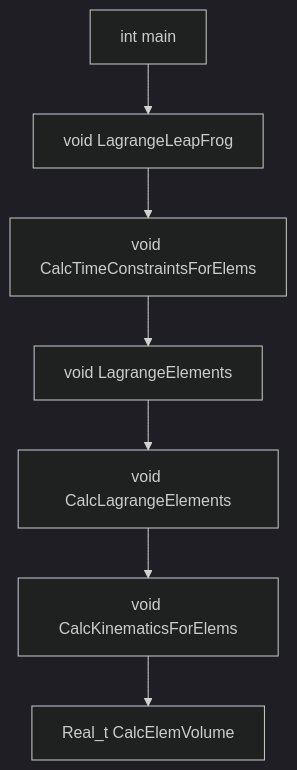
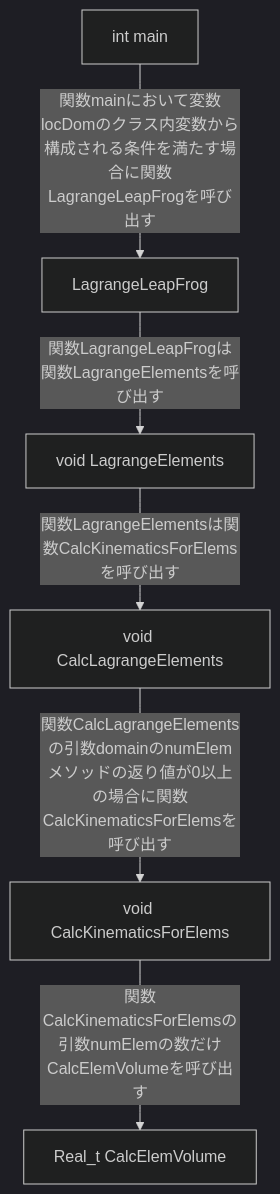
Before and after one commit to arima0714/Lab00: the diagram in docs/functions_lulesh.md, drawn with Mermaid (dark theme). The commit also changed other lines of this file, not shown here.

Commit message:
関数CalcElemVolume()の調査結果を追加

````diff
--- a/docs/functions_lulesh.md
+++ b/docs/functions_lulesh.md
@@ -6,18 +15,16 @@
 ```mermaid
 flowchart TD
 funcRoot[Real_t CalcElemVolume]
 func1[void CalcKinematicsForElems]
 func2[void CalcLagrangeElements]
 func3[void LagrangeElements]
-func4[void CalcTimeConstraintsForElems]
-func5[void LagrangeLeapFrog]
+func4_[LagrangeLeapFrog]
 func6[int main]
 
-func6 --> func5
-func5 --> func4
-func4 --> func3
-func3 --> func2
-func2 --> func1
-func1 --> funcRoot
+func6 -- 関数mainにおいて変数locDomのクラス内変数から構成される条件を満たす場合に関数LagrangeLeapFrogを呼び出す --> func4_
+func4_ -- 関数LagrangeLeapFrogは関数LagrangeElementsを呼び出す --> func3
+func3 -- 関数LagrangeElementsは関数CalcKinematicsForElemsを呼び出す --> func2
+func2 -- 関数CalcLagrangeElementsの引数domainのnumElemメソッドの返り値が0以上の場合に関数CalcKinematicsForElemsを呼び出す --> func1
+func1 -- 関数CalcKinematicsForElemsの引数numElemの数だけCalcElemVolumeを呼び出す --> funcRoot
 
 ```
````
